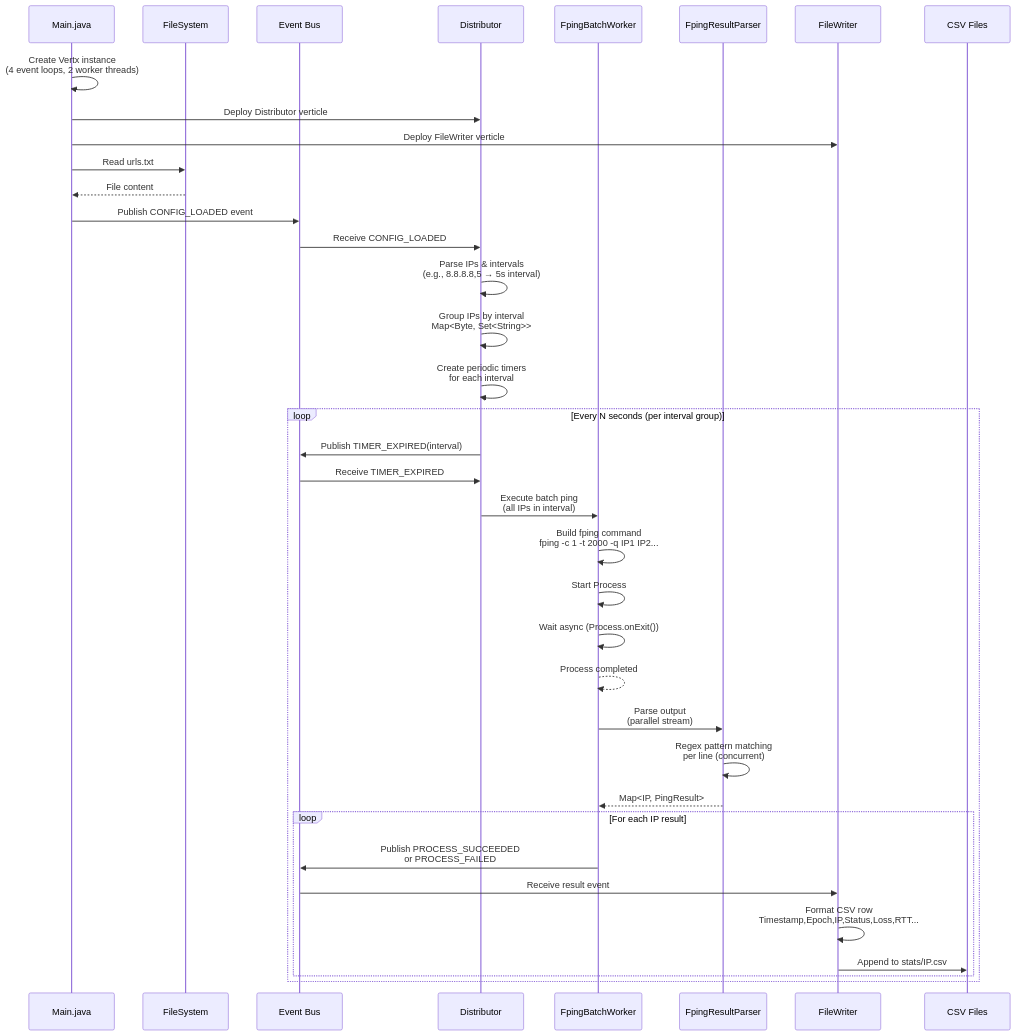
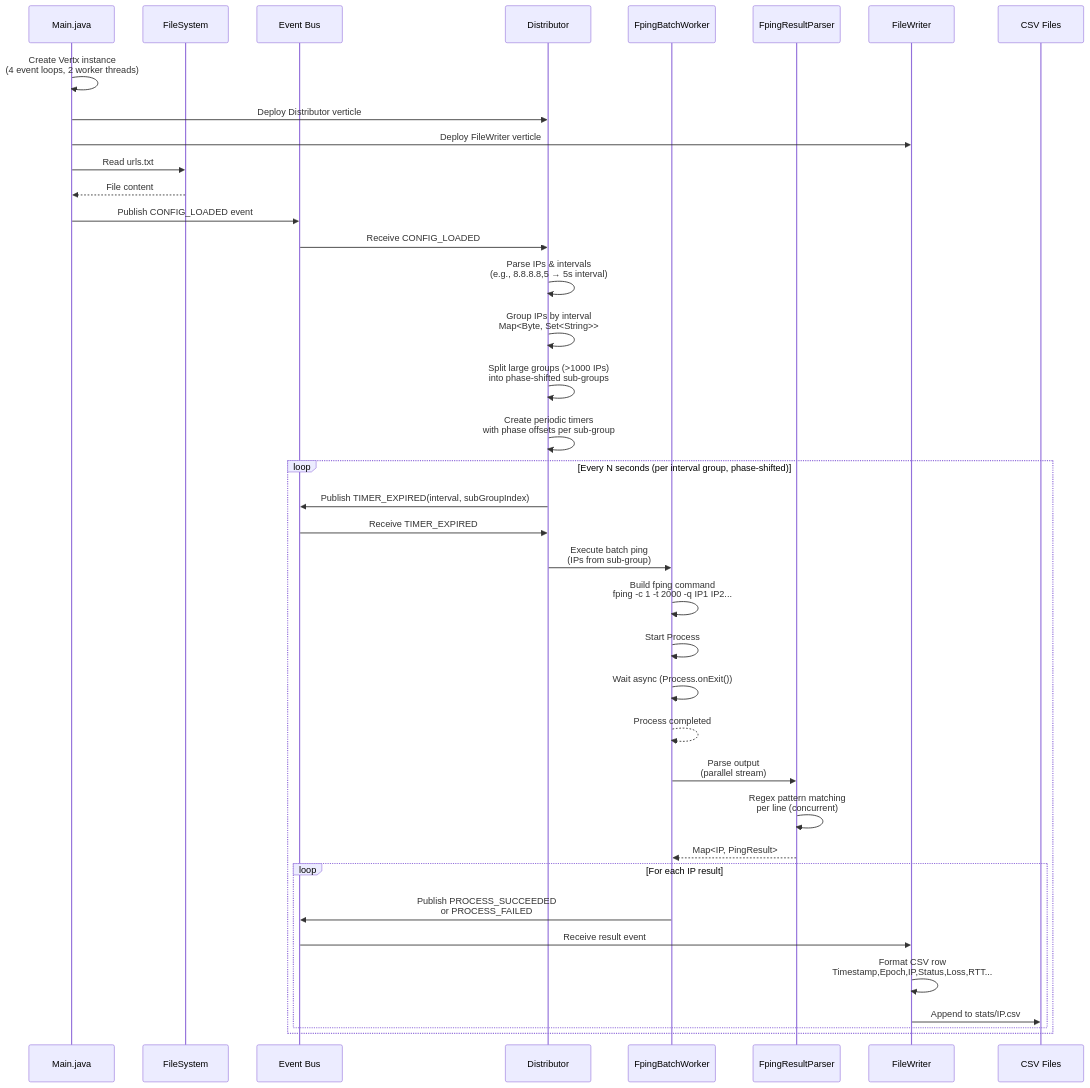
The second of 7 diagrams in architecture.md (PremModhaOfficial/urlPoller), drawn with Mermaid before and after one commit. The commit also changed other lines of this file and 19 other files, not shown here.

````diff
--- a/architecture.md
+++ b/architecture.md
@@ -68,45 +68,46 @@
 ```mermaid
 sequenceDiagram
     participant M as Main.java
     participant FS as FileSystem
     participant EB as Event Bus
     participant D as Distributor
     participant FBW as FpingBatchWorker
     participant FRP as FpingResultParser
     participant FW as FileWriter
     participant CSV as CSV Files
 
     M->>M: Create Vertx instance<br/>(4 event loops, 2 worker threads)
     M->>D: Deploy Distributor verticle
     M->>FW: Deploy FileWriter verticle
     M->>FS: Read urls.txt
     FS-->>M: File content
     M->>EB: Publish CONFIG_LOADED event
     
     EB->>D: Receive CONFIG_LOADED
     D->>D: Parse IPs & intervals<br/>(e.g., 8.8.8.8,5 → 5s interval)
     D->>D: Group IPs by interval<br/>Map<Byte, Set<String>>
-    D->>D: Create periodic timers<br/>for each interval
+    D->>D: Split large groups (>1000 IPs)<br/>into phase-shifted sub-groups
+    D->>D: Create periodic timers<br/>with phase offsets per sub-group
     
-    loop Every N seconds (per interval group)
-        D->>EB: Publish TIMER_EXPIRED(interval)
+    loop Every N seconds (per interval group, phase-shifted)
+        D->>EB: Publish TIMER_EXPIRED(interval, subGroupIndex)
         EB->>D: Receive TIMER_EXPIRED
-        D->>FBW: Execute batch ping<br/>(all IPs in interval)
+        D->>FBW: Execute batch ping<br/>(IPs from sub-group)
         
         FBW->>FBW: Build fping command<br/>fping -c 1 -t 2000 -q IP1 IP2...
         FBW->>FBW: Start Process
         FBW->>FBW: Wait async (Process.onExit())
         FBW-->>FBW: Process completed
         FBW->>FRP: Parse output<br/>(parallel stream)
         
         FRP->>FRP: Regex pattern matching<br/>per line (concurrent)
         FRP-->>FBW: Map<IP, PingResult>
         
         loop For each IP result
             FBW->>EB: Publish PROCESS_SUCCEEDED<br/>or PROCESS_FAILED
             EB->>FW: Receive result event
             FW->>FW: Format CSV row<br/>Timestamp,Epoch,IP,Status,Loss,RTT...
             FW->>CSV: Append to stats/IP.csv
         end
     end
 ```
````
